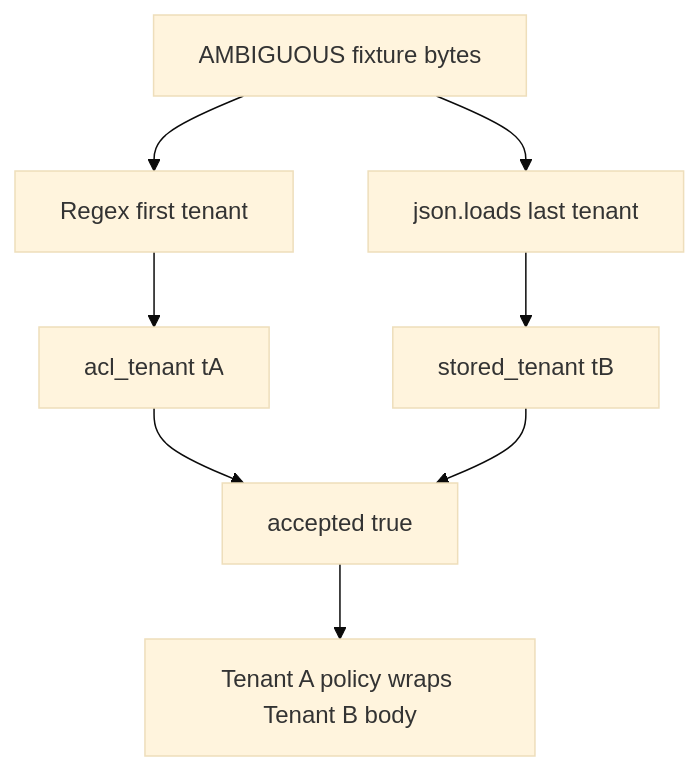
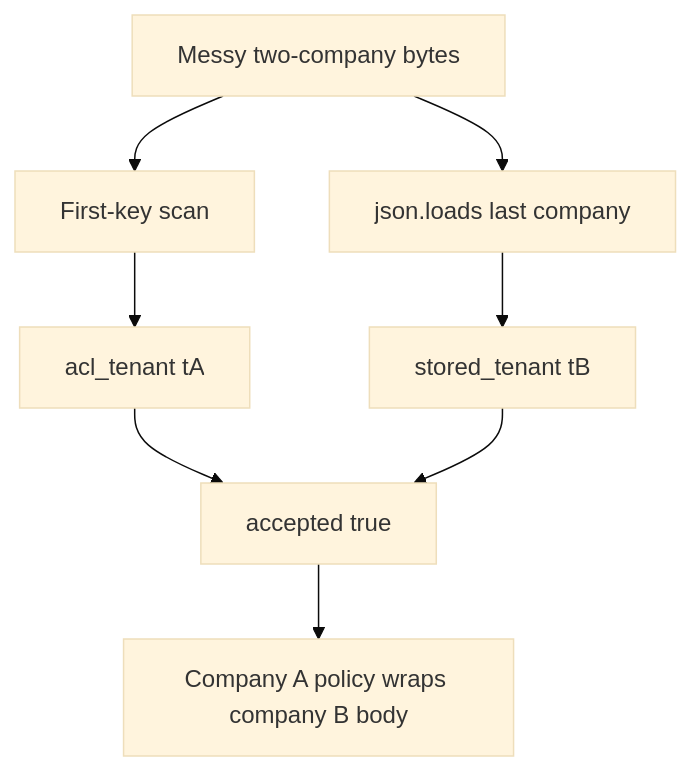
Before and after one commit to ishitvagoel/LearnSecurity: the diagram in content/modules/2/2.1/lessons/03-break.md, drawn with Mermaid (base theme). The commit also changed other lines of this file and 44 other files, not shown here.

````diff
--- a/content/modules/2/2.1/lessons/03-break.md
+++ b/content/modules/2/2.1/lessons/03-break.md
@@ -15,10 +26,10 @@
 ```mermaid
 flowchart TD
-  Bytes["AMBIGUOUS fixture bytes"] --> Regex["Regex first tenant"]
-  Bytes --> Json["json.loads last tenant"]
-  Regex --> Acl["acl_tenant tA"]
-  Json --> Store["stored_tenant tB"]
-  Acl --> Accept["accepted true"]
+  Bytes[Messy two-company bytes] --> Regex[First-key scan]
+  Bytes --> Json[json.loads last company]
+  Regex --> Acl[acl_tenant tA]
+  Json --> Store[stored_tenant tB]
+  Acl --> Accept[accepted true]
   Store --> Accept
-  Accept --> Harm["Tenant A policy wraps Tenant B body"]
+  Accept --> Harm[Company A policy wraps company B body]
 ```
````
